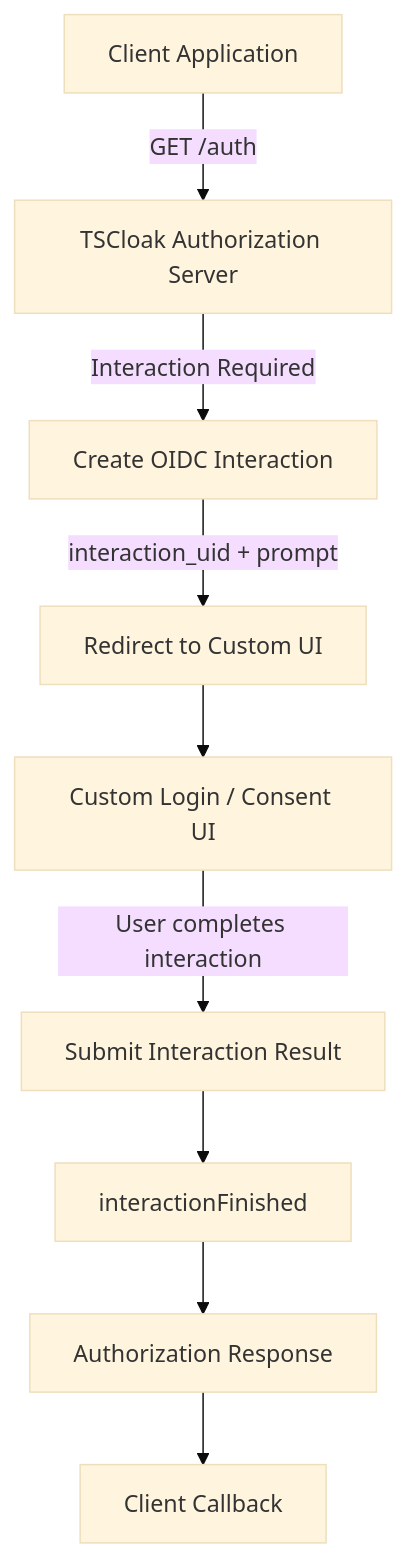
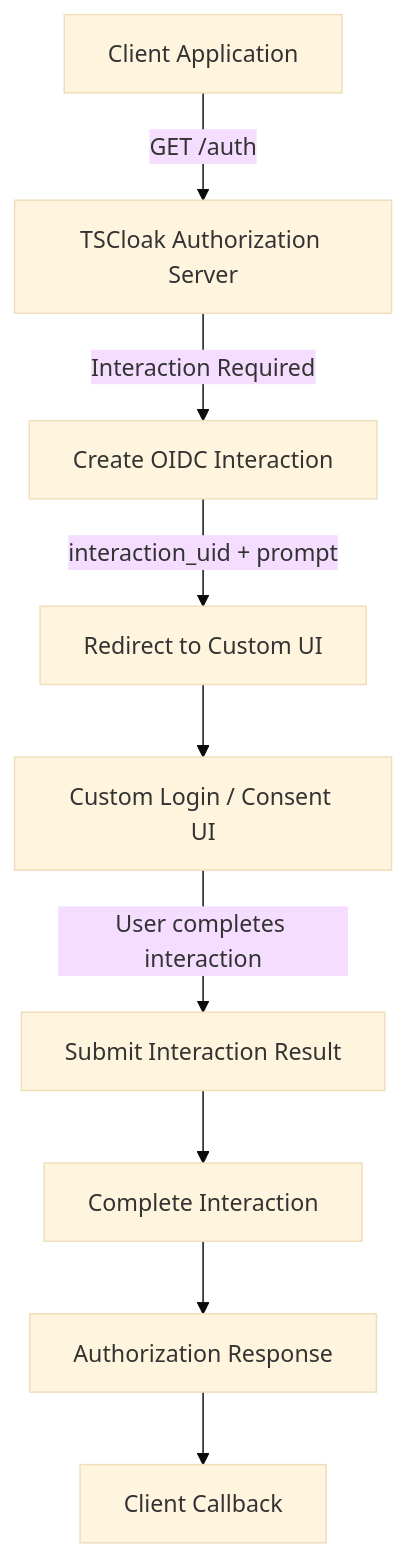
The fourth of 18 diagrams in README.md (TechSivaram/tscloak), drawn with Mermaid (base theme) before and after one commit. The commit also changed other lines of this file, not shown here.

````diff
--- a/README.md
+++ b/README.md
@@ -177,11 +178,11 @@
 ```mermaid
 flowchart TD
     A["Client Application"] -->|GET /auth| B["TSCloak Authorization Server"]
     B -->|Interaction Required| C["Create OIDC Interaction"]
     C -->|interaction_uid + prompt| D["Redirect to Custom UI"]
     D --> E["Custom Login / Consent UI"]
     E -->|User completes interaction| F["Submit Interaction Result"]
-    F --> G["interactionFinished"]
+    F --> G["Complete Interaction"]
     G --> H["Authorization Response"]
     H --> I["Client Callback"]
 ```
````
